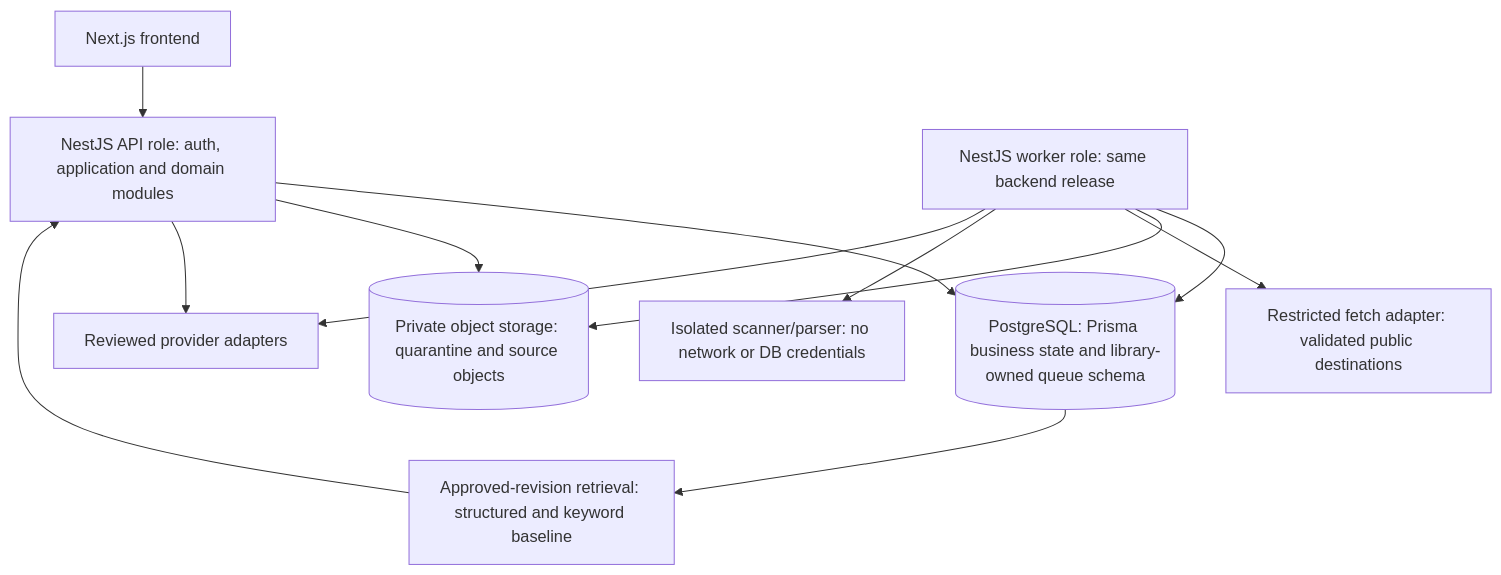
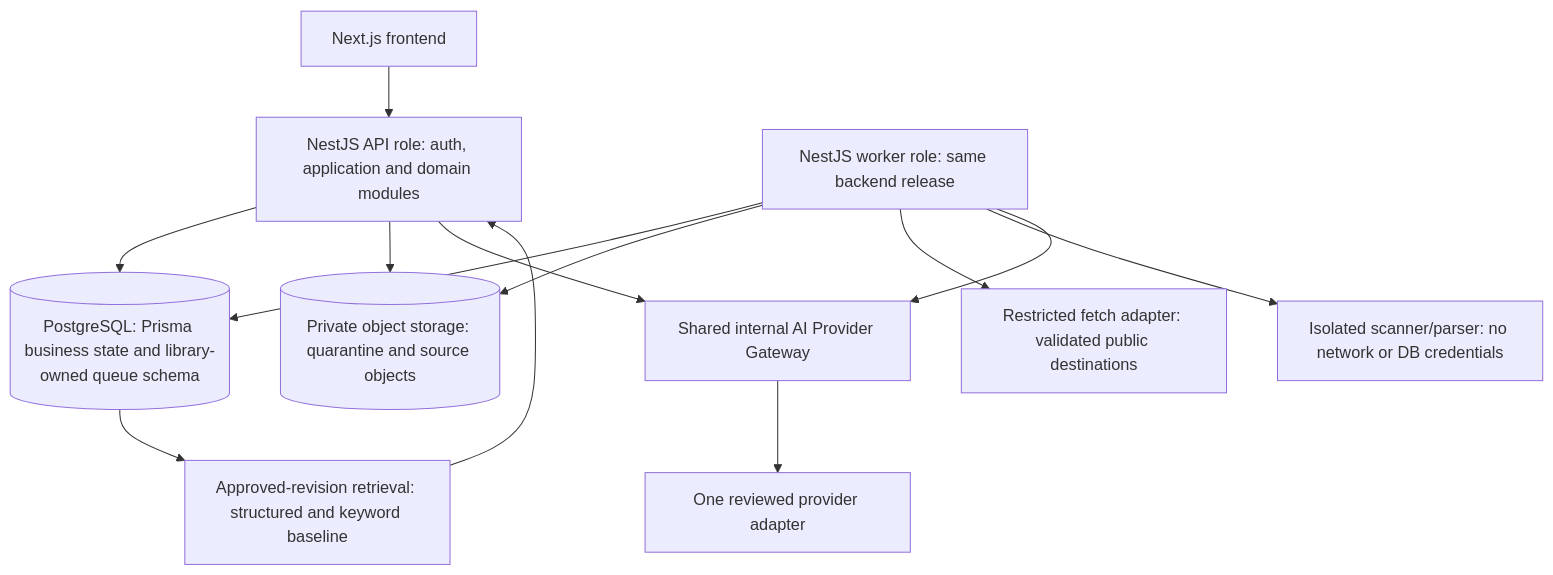
The first of 2 diagrams in domain/09_LEAN_MVP_ARCHITECTURE_ADR.md (ai-brand-os/docs), drawn with Mermaid before and after one commit. The commit also changed other lines of this file and 30 other files, not shown here.

Commit message:
docs: specify shared AI provider gateway

````diff
--- a/domain/09_LEAN_MVP_ARCHITECTURE_ADR.md
+++ b/domain/09_LEAN_MVP_ARCHITECTURE_ADR.md
@@ -28,14 +28,15 @@
 ```mermaid
 flowchart TB
     UI[Next.js frontend] --> API[NestJS API role: auth, application and domain modules]
     API --> PG[(PostgreSQL: Prisma business state and library-owned queue schema)]
     API --> OBJ[(Private object storage: quarantine and source objects)]
     WRK[NestJS worker role: same backend release] --> PG
     WRK --> OBJ
     WRK --> FETCH[Restricted fetch adapter: validated public destinations]
     WRK --> BOX[Isolated scanner/parser: no network or DB credentials]
-    API --> AI[Reviewed provider adapters]
-    WRK --> AI
+    API --> GW[Shared internal AI Provider Gateway]
+    WRK --> GW
+    GW --> AI[One reviewed provider adapter]
     PG --> RET[Approved-revision retrieval: structured and keyword baseline]
     RET --> API
 ```
````
